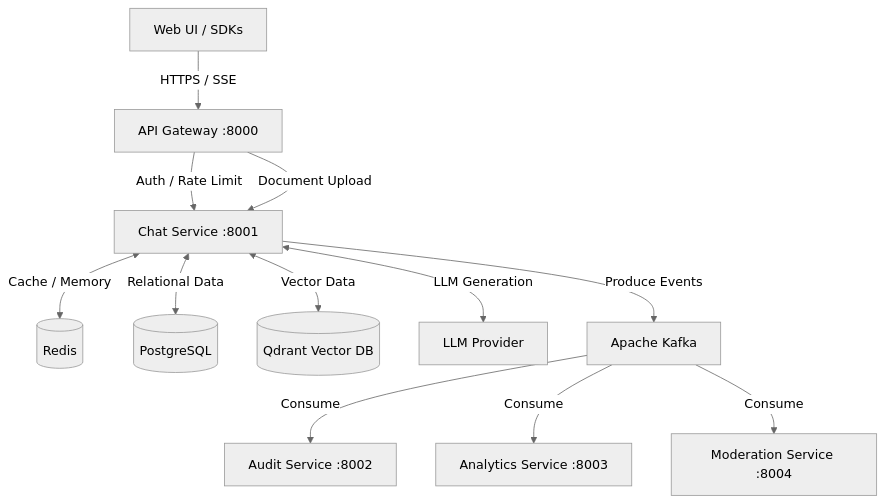
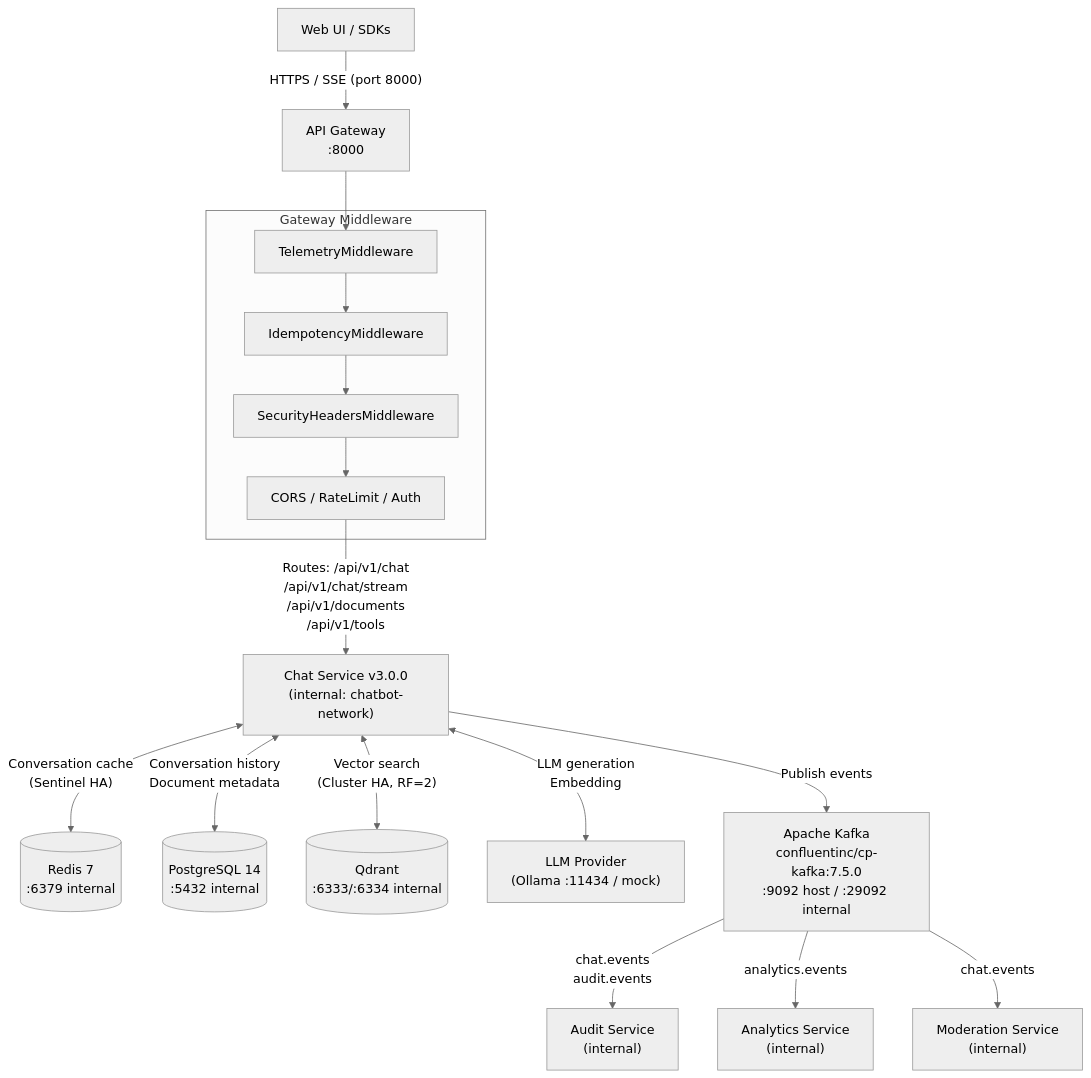
Before and after one commit to Himanshu0523/Nexus-Knowledge: the diagram in README.md, drawn with Mermaid (neutral theme). The commit also changed other lines of this file and 88 other files, not shown here.

````diff
--- a/README.md
+++ b/README.md
@@ -55,18 +44,26 @@
 ```mermaid
 graph TD
-    Client[Web UI / SDKs] -->|HTTPS / SSE| Gateway[API Gateway :8000]
+    Client["Web UI / SDKs"] -->|"HTTPS / SSE (port 8000)"| Gateway["API Gateway\n:8000"]
 
-    Gateway -->|Auth / Rate Limit| ChatSvc[Chat Service :8001]
-    Gateway -->|Document Upload| ChatSvc
+    subgraph Gateway Middleware
+        MW1[TelemetryMiddleware]
+        MW2[IdempotencyMiddleware]
+        MW3[SecurityHeadersMiddleware]
+        MW4["CORS / RateLimit / Auth"]
+    end
 
-    ChatSvc <-->|Cache / Memory| Redis[(Redis)]
-    ChatSvc <-->|Relational Data| PG[(PostgreSQL)]
-    ChatSvc <-->|Vector Data| Qdrant[(Qdrant Vector DB)]
-    ChatSvc <-->|LLM Generation| Ollama[LLM Provider]
+    Gateway --> MW1 --> MW2 --> MW3 --> MW4
 
-    ChatSvc -->|Produce Events| Kafka[Apache Kafka]
+    MW4 -->|"Routes: /api/v1/chat\n/api/v1/chat/stream\n/api/v1/documents\n/api/v1/tools"| ChatSvc["Chat Service v3.0.0\n(internal: chatbot-network)"]
 
-    Kafka -->|Consume| Audit[Audit Service :8002]
-    Kafka -->|Consume| Analytics[Analytics Service :8003]
-    Kafka -->|Consume| Moderation[Moderation Service :8004]
+    ChatSvc <-->|"Conversation cache\n(Sentinel HA)"| Redis[("Redis 7\n:6379 internal")]
+    ChatSvc <-->|"Conversation history\nDocument metadata"| PG[("PostgreSQL 14\n:5432 internal")]
+    ChatSvc <-->|"Vector search\n(Cluster HA, RF=2)"| Qdrant[("Qdrant\n:6333/:6334 internal")]
+    ChatSvc <-->|"LLM generation\nEmbedding"| LLM["LLM Provider\n(Ollama :11434 / mock)"]
+
+    ChatSvc -->|"Publish events"| Kafka["Apache Kafka\nconfluentinc/cp-kafka:7.5.0\n:9092 host / :29092 internal"]
+
+    Kafka -->|"chat.events\naudit.events"| Audit["Audit Service\n(internal)"]
+    Kafka -->|"analytics.events"| Analytics["Analytics Service\n(internal)"]
+    Kafka -->|"chat.events"| Moderation["Moderation Service\n(internal)"]
 ```
````
